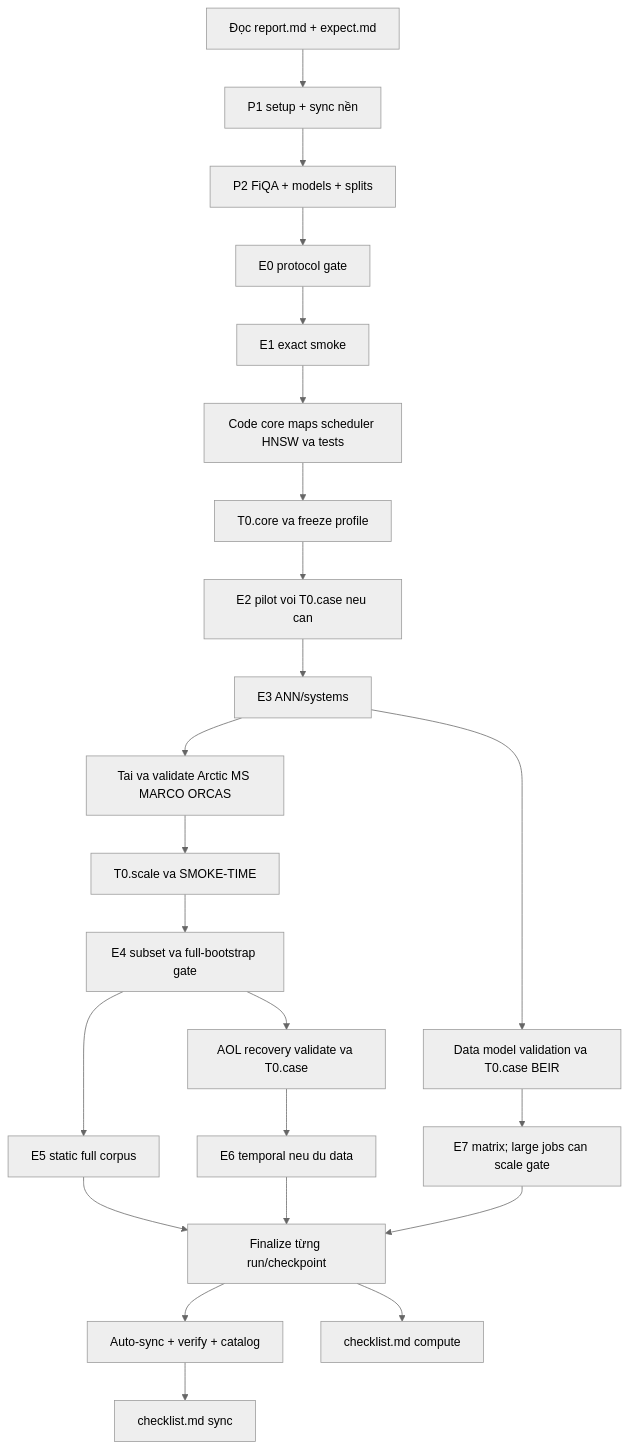
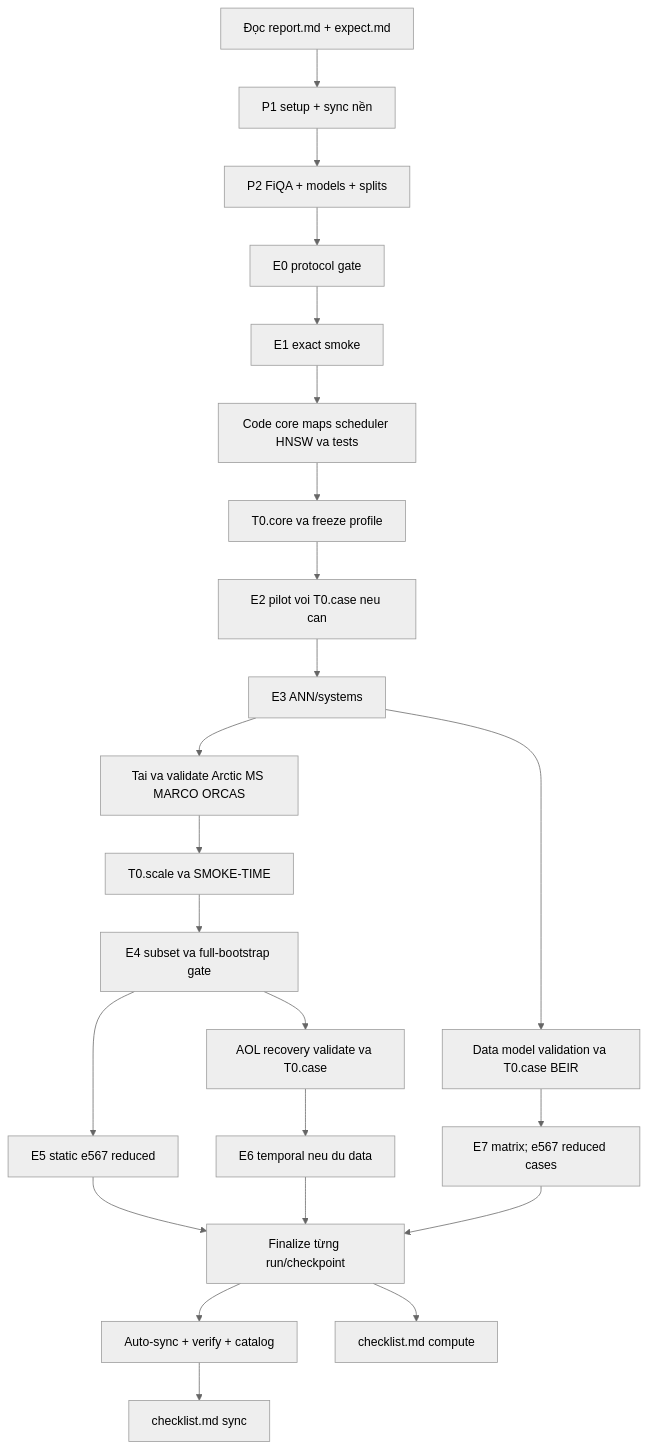
Before and after one commit to hieukendu/paper-P2: the diagram in codex/plan.md, drawn with Mermaid (neutral theme). The commit also changed other lines of this file and 21 other files, not shown here.

````diff
--- a/codex/plan.md
+++ b/codex/plan.md
@@ -132,25 +136,25 @@
 ```mermaid
 flowchart TD
     R[Đọc report.md + expect.md] --> SET[P1 setup + sync nền]
     SET --> INPUT[P2 FiQA + models + splits]
     INPUT --> E0[E0 protocol gate]
     E0 --> E1[E1 exact smoke]
     E1 --> CORE[Code core maps scheduler HNSW va tests]
     CORE --> T0[T0.core va freeze profile]
     T0 --> E2[E2 pilot voi T0.case neu can]
     E2 --> E3[E3 ANN/systems]
     E3 --> SCALE[Tai va validate Arctic MS MARCO ORCAS]
     SCALE --> T0S[T0.scale va SMOKE-TIME]
     T0S --> E4[E4 subset va full-bootstrap gate]
-    E4 --> E5[E5 static full corpus]
+    E4 --> E5[E5 static e567 reduced]
     E4 --> AOL[AOL recovery validate va T0.case]
     AOL --> E6[E6 temporal neu du data]
     E3 --> CASE[Data model validation va T0.case BEIR]
-    CASE --> E7[E7 matrix; large jobs can scale gate]
+    CASE --> E7[E7 matrix; e567 reduced cases]
     E5 --> DONE[Finalize từng run/checkpoint]
     E6 --> DONE
     E7 --> DONE
     DONE --> HF[Auto-sync + verify + catalog]
     DONE --> CK[checklist.md compute]
     HF --> CS[checklist.md sync]
 ```
````
